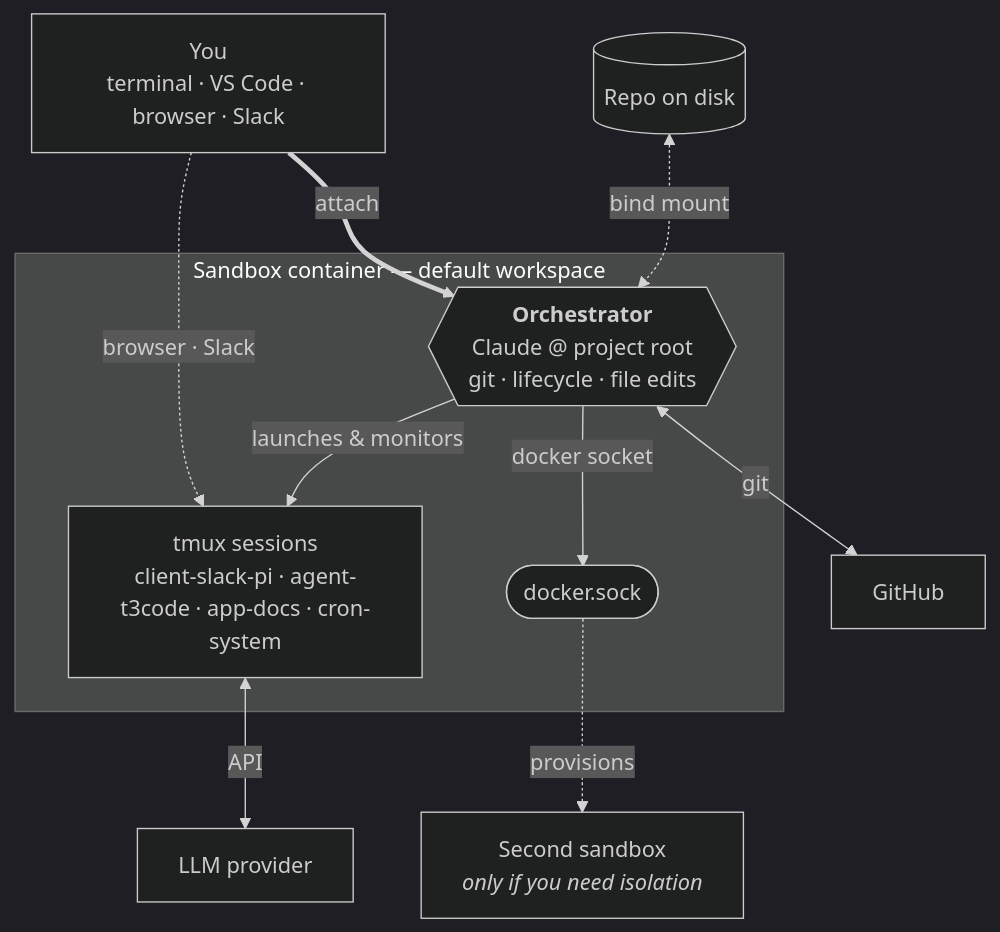
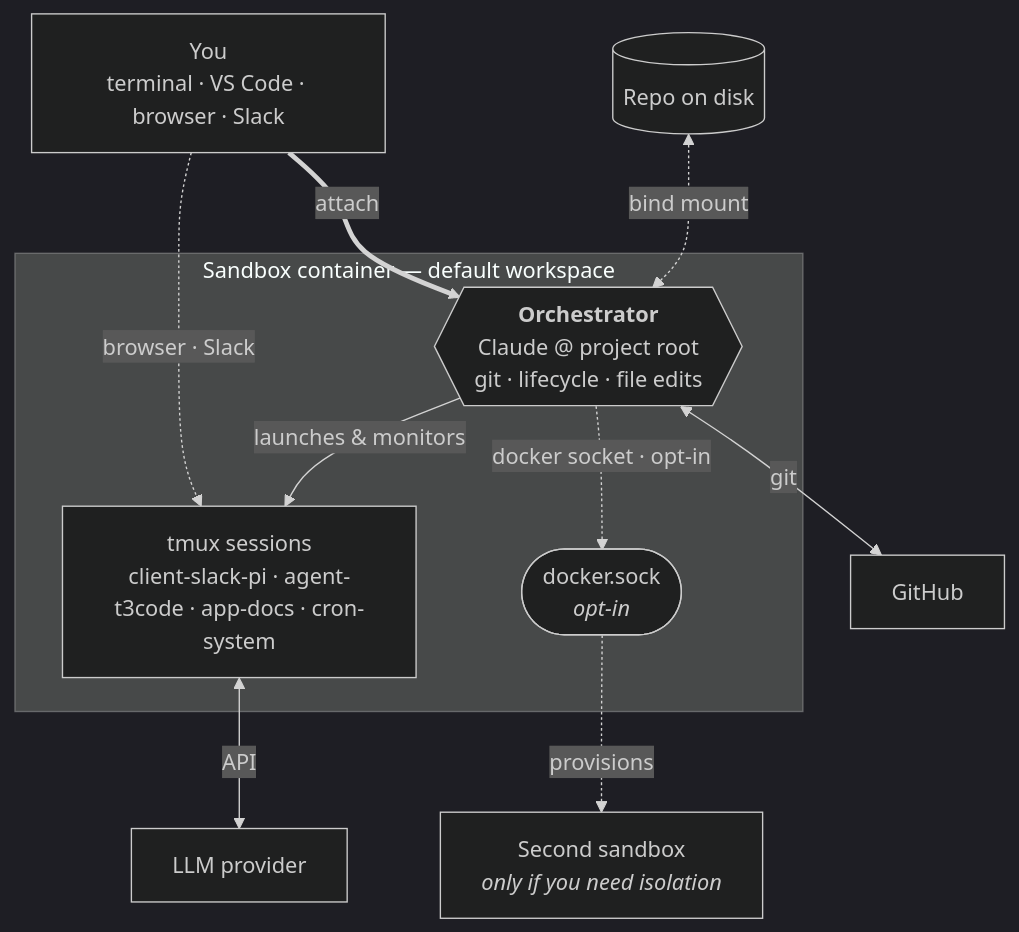
The diagram in docs/intro.md (mifunedev/openharness-web), drawn with Mermaid (dark theme) before and after one commit. The commit also changed other lines of this file and 5 other files, not shown here.

First line of the commit message:
docs: sync install story for oh npm publish + docker-socket opt-in

````diff
--- a/docs/intro.md
+++ b/docs/intro.md
@@ -33,24 +33,24 @@
 ```mermaid
 flowchart TB
     You["You<br/>terminal · VS Code · browser · Slack"]
     Repo[("Repo on disk")]
     GH["GitHub"]
     LLM["LLM provider"]
 
     subgraph sandbox["Sandbox container — default workspace"]
         Orch{{"<b>Orchestrator</b><br/>Claude @ project root<br/>git · lifecycle · file edits"}}
         Tmux["tmux sessions<br/>client-slack-pi · agent-t3code · app-docs · cron-system"]
-        Sock(["docker.sock"])
+        Sock(["docker.sock<br/><i>opt-in</i>"])
     end
 
     Sb2["Second sandbox<br/><i>only if you need isolation</i>"]
 
     You ==>|attach| Orch
     You -.->|browser · Slack| Tmux
     Repo <-.->|bind mount| Orch
     Orch -->|launches & monitors| Tmux
     Orch <-->|git| GH
     Tmux <-->|API| LLM
-    Orch -->|docker socket| Sock
+    Orch -.->|docker socket · opt-in| Sock
     Sock -.->|provisions| Sb2
 ```
````
